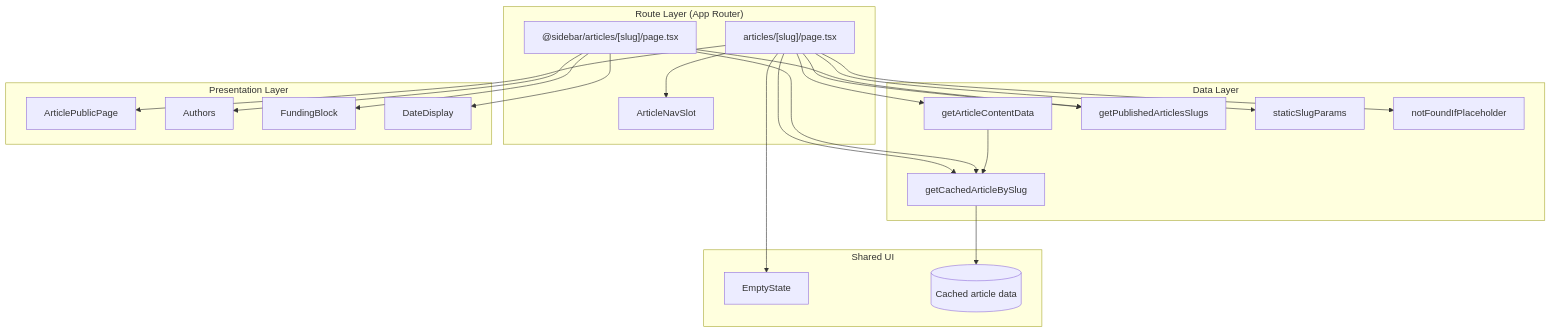
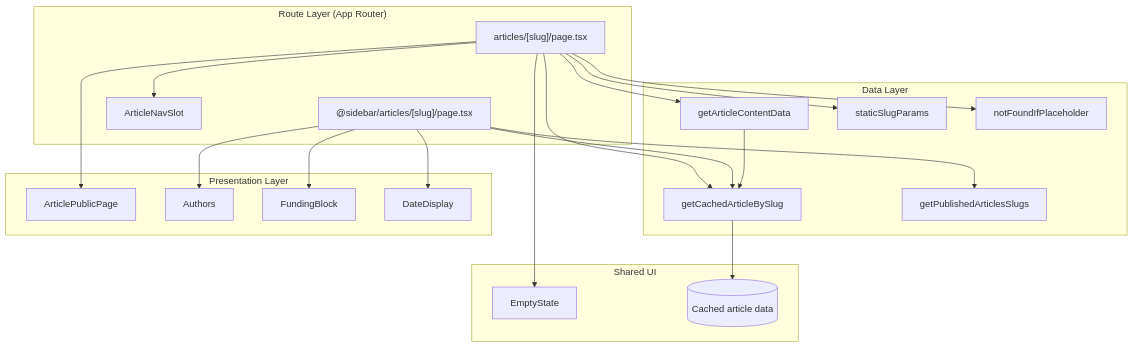
One commit to jackcasstlesjones/ozeaon-wiki changed the first of 2 diagrams in src/content/docs/features/articles-reader.md. Above: the diagram before and after it, drawn with Mermaid. The commit also changed other lines of this file and 5 other files, not shown here.

````diff
--- a/src/content/docs/features/articles-reader.md
+++ b/src/content/docs/features/articles-reader.md
@@ -49,46 +20,45 @@
 ```mermaid
 flowchart TD
     subgraph sg_Route["Route Layer (App Router)"]
         ReaderRoute["articles/[slug]/page.tsx"]
         SidebarRoute["@sidebar/articles/[slug]/page.tsx"]
         NavSlot["ArticleNavSlot"]
     end
 
     subgraph sg_Data["Data Layer"]
         GetCachedArticle["getCachedArticleBySlug"]
         GetContent["getArticleContentData"]
         GetSlugs["getPublishedArticlesSlugs"]
         StaticParams["staticSlugParams"]
         Placeholder["notFoundIfPlaceholder"]
     end
 
     subgraph sg_Present["Presentation Layer"]
         PublicPage["ArticlePublicPage"]
         Authors["Authors"]
         Funding["FundingBlock"]
         DateDisplay["DateDisplay"]
     end
 
     subgraph sg_UI["Shared UI"]
         EmptyState["EmptyState"]
         ReadCache[("Cached article data")]
     end
 
     ReaderRoute --> GetCachedArticle
     ReaderRoute --> GetContent
-    ReaderRoute --> GetSlugs
     ReaderRoute --> StaticParams
     ReaderRoute --> Placeholder
     ReaderRoute --> PublicPage
     ReaderRoute --> NavSlot
     ReaderRoute --> EmptyState
 
     SidebarRoute --> GetCachedArticle
     SidebarRoute --> GetSlugs
     SidebarRoute --> Authors
     SidebarRoute --> Funding
     SidebarRoute --> DateDisplay
 
     GetCachedArticle --> ReadCache
     GetContent --> GetCachedArticle
 ```
````
